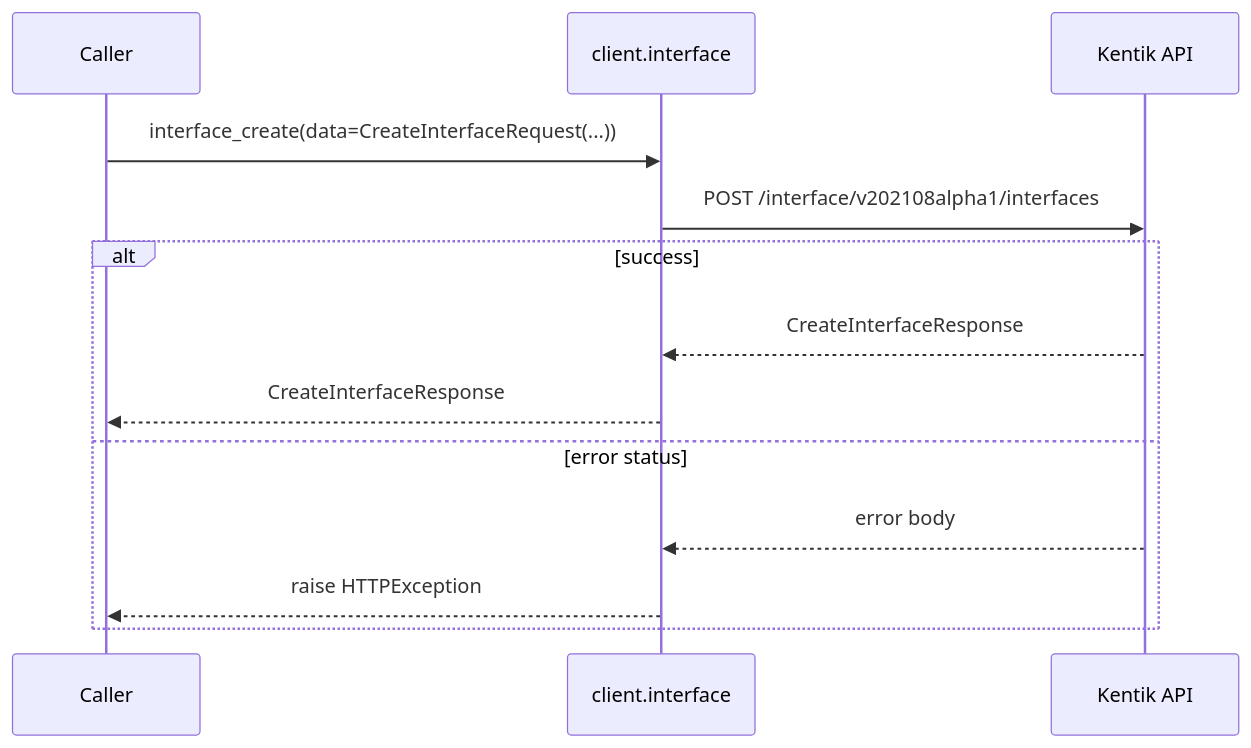
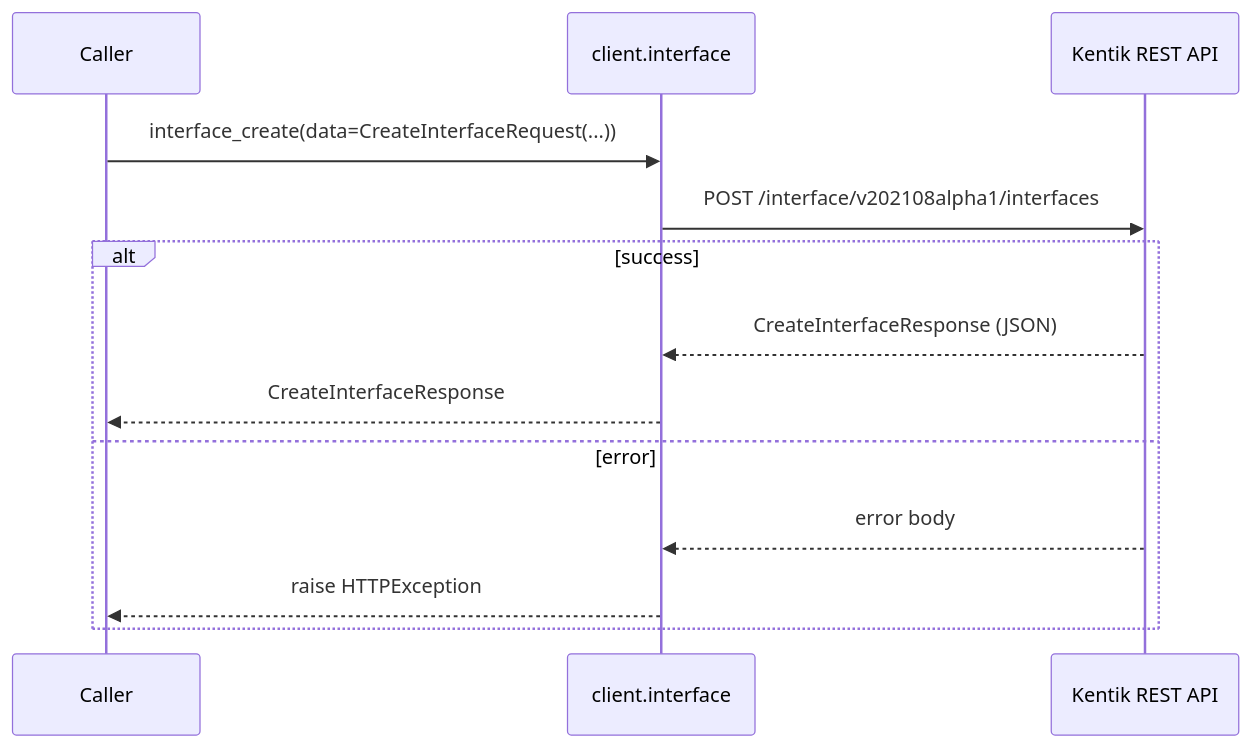
Before and after one commit to alexdearaujo/community_sdk_python: the fourth of 14 diagrams in docs/sphinx/services/interface.md, drawn with Mermaid. The commit also changed other lines of this file and 61 other files, not shown here.

````diff
--- a/docs/sphinx/services/interface.md
+++ b/docs/sphinx/services/interface.md
@@ -87,16 +114,16 @@
 ```mermaid
 sequenceDiagram
     participant C as Caller
     participant W as client.interface
-    participant API as Kentik API
+    participant API as Kentik REST API
 
     C->>W: interface_create(data=CreateInterfaceRequest(...))
     W->>API: POST /interface/v202108alpha1/interfaces
     alt success
-        API-->>W: CreateInterfaceResponse
+        API-->>W: CreateInterfaceResponse (JSON)
         W-->>C: CreateInterfaceResponse
-    else error status
+    else error
         API-->>W: error body
         W-->>C: raise HTTPException
     end
 ```
````
